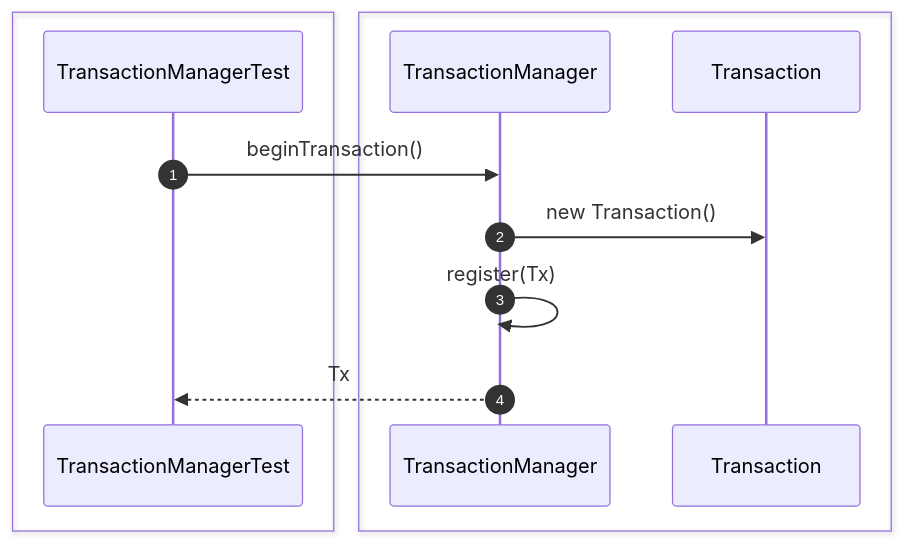
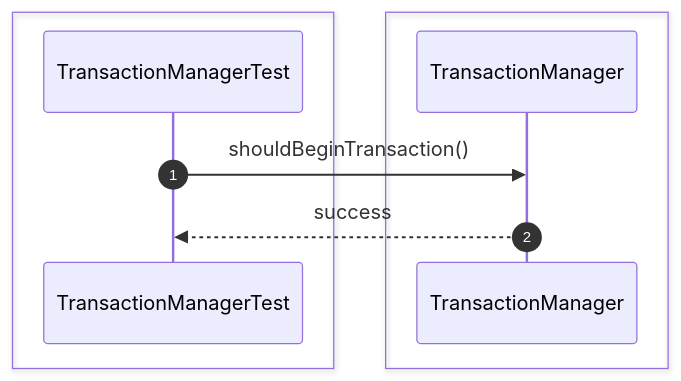
One commit to Huy1801214/dbms-architecture changed the first of 54 diagrams in src/sequence/transaction.md. Above: the diagram before and after it, drawn with Mermaid. The commit also changed other lines of this file and 68 other files, not shown here.

Commit message:
implement comprehensive unit test suite and architectural sequence documentation

````diff
--- a/src/sequence/transaction.md
+++ b/src/sequence/transaction.md
@@ -6,17 +6,13 @@
 ```mermaid
 sequenceDiagram
     autonumber
-
     box #e1f5fe Test Suite
     participant Test as TransactionManagerTest
     end
-    box #ffebee Transaction Components
-    participant Manager as TransactionManager
-    participant Tx as Transaction
+    box #ffebee TransactionManager Component
+    participant TM as TransactionManager
     end
 
-    Test->>Manager: beginTransaction()
-    Manager->>Tx: new Transaction()
-    Manager->>Manager: register(Tx)
-    Manager-->>Test: Tx
+    Test->>TM: shouldBeginTransaction()
+    TM-->>Test: success
 ```
````
